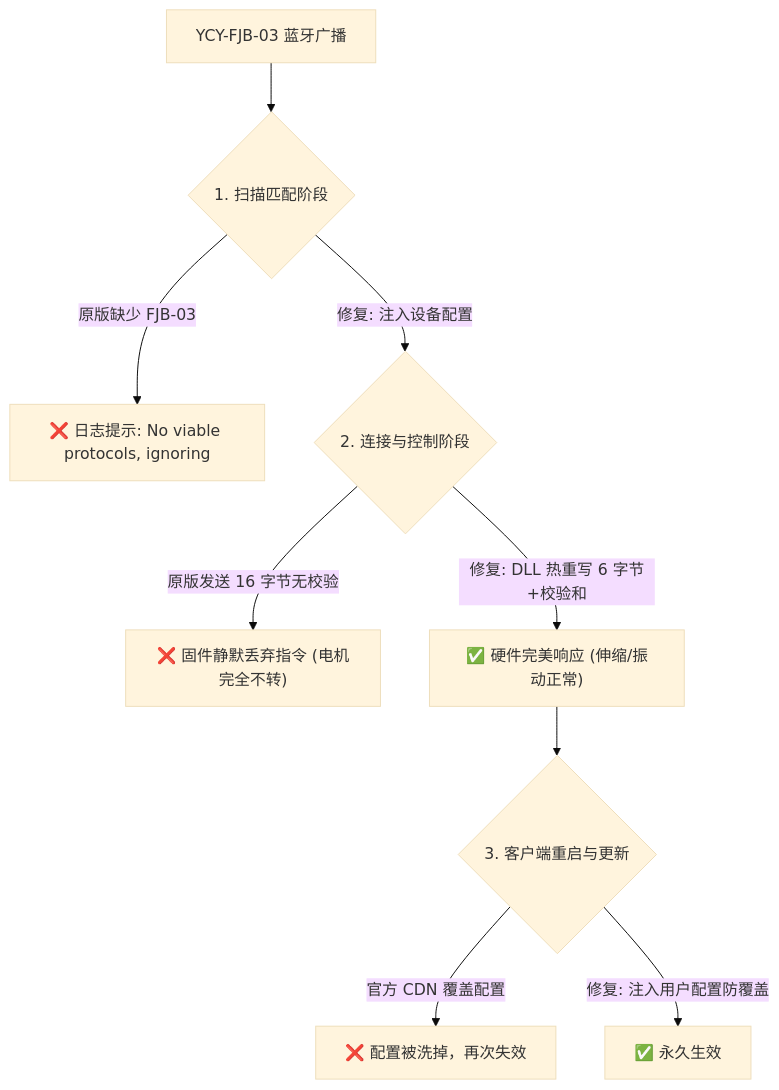
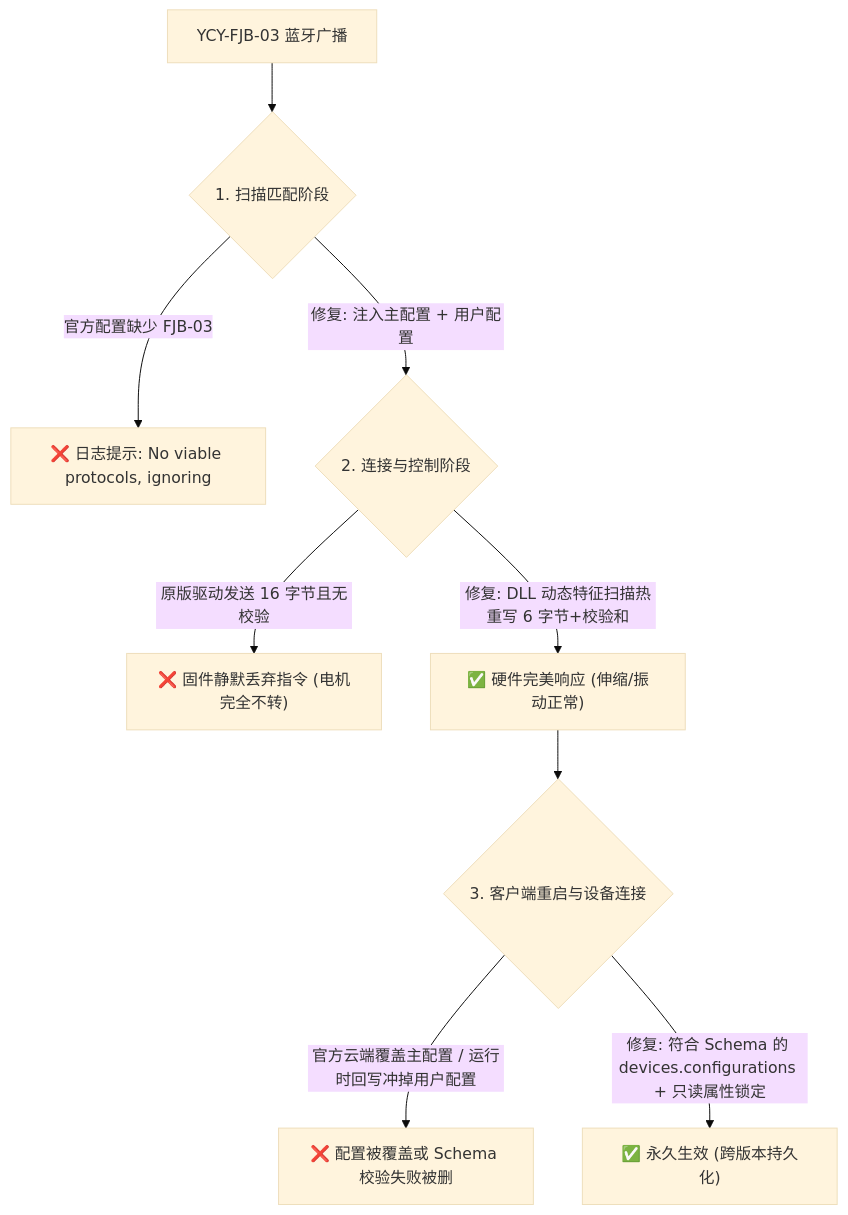
Before and after one commit to DDeeply/intiface-ycy-fjb03-fix: the diagram in README.md, drawn with Mermaid (base theme). The commit also changed other lines of this file and 2 other files, not shown here.

Commit message:
feat: v1.1.0 - dynamic signature scanning & schema-compliant read-only lock (fixes #1)

````diff
--- a/README.md
+++ b/README.md
@@ -22,11 +23,11 @@
 ```mermaid
 flowchart TD
     A["YCY-FJB-03 蓝牙广播"] --> B{"1. 扫描匹配阶段"}
-    B -- "原版缺少 FJB-03" --> B1["❌ 日志提示: No viable protocols, ignoring"]
-    B -- "修复: 注入设备配置" --> C{"2. 连接与控制阶段"}
-    C -- "原版发送 16 字节无校验" --> C1["❌ 固件静默丢弃指令 (电机完全不转)"]
-    C -- "修复: DLL 热重写 6 字节+校验和" --> D["✅ 硬件完美响应 (伸缩/振动正常)"]
-    D --> E{"3. 客户端重启与更新"}
-    E -- "官方 CDN 覆盖配置" --> E1["❌ 配置被洗掉，再次失效"]
-    E -- "修复: 注入用户配置防覆盖" --> F["✅ 永久生效"]
+    B -- "官方配置缺少 FJB-03" --> B1["❌ 日志提示: No viable protocols, ignoring"]
+    B -- "修复: 注入主配置 + 用户配置" --> C{"2. 连接与控制阶段"}
+    C -- "原版驱动发送 16 字节且无校验" --> C1["❌ 固件静默丢弃指令 (电机完全不转)"]
+    C -- "修复: DLL 动态特征扫描热重写 6 字节+校验和" --> D["✅ 硬件完美响应 (伸缩/振动正常)"]
+    D --> E{"3. 客户端重启与设备连接"}
+    E -- "官方云端覆盖主配置 / 运行时回写冲掉用户配置" --> E1["❌ 配置被覆盖或 Schema 校验失败被删"]
+    E -- "修复: 符合 Schema 的 devices.configurations + 只读属性锁定" --> F["✅ 永久生效 (跨版本持久化)"]
 ```
````
